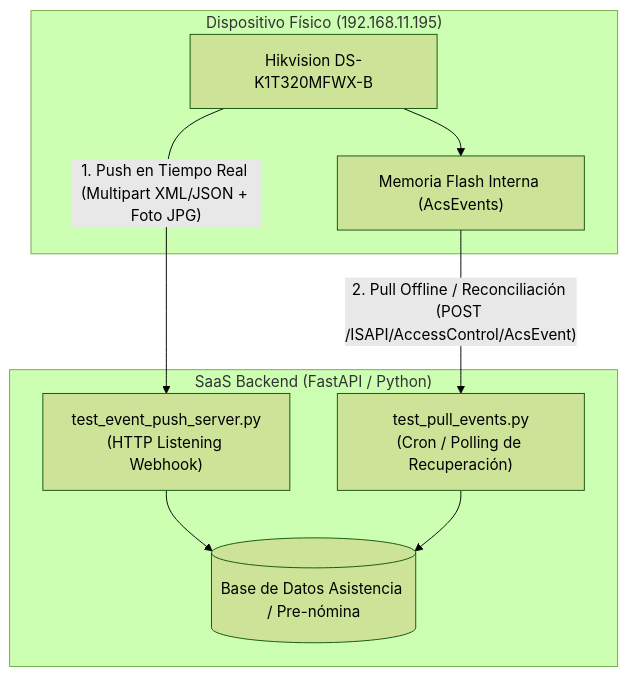
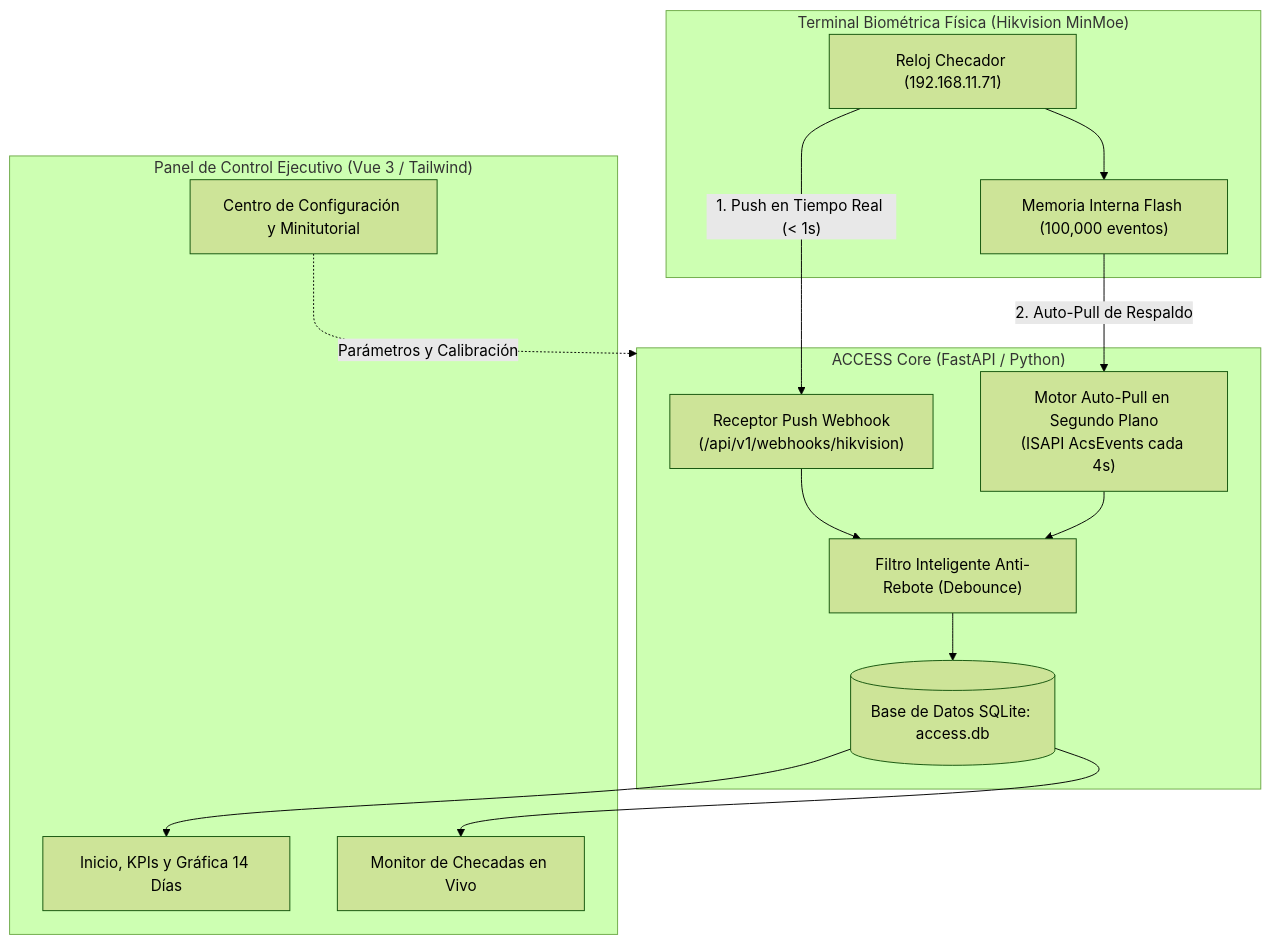
Before and after one commit to angggsoft/ACCESS: the diagram in README.md, drawn with Mermaid (forest theme). The commit also changed other lines of this file and 12 other files, not shown here.

````diff
--- a/README.md
+++ b/README.md
@@ -11,19 +11,30 @@
 ```mermaid
 graph TD
-    subgraph Edge["Dispositivo Físico (192.168.11.195)"]
-        Terminal["Hikvision DS-K1T320MFWX-B"]
-        Memoria["Memoria Flash Interna (AcsEvents)"]
+    subgraph Hardware["Terminal Biométrica Física (Hikvision MinMoe)"]
+        Terminal["Reloj Checador (192.168.11.71)"]
+        Memoria["Memoria Interna Flash (100,000 eventos)"]
     end
 
-    subgraph Backend["SaaS Backend (FastAPI / Python)"]
-        PushSrv["test_event_push_server.py<br/>(HTTP Listening Webhook)"]
-        PullSrv["test_pull_events.py<br/>(Cron / Polling de Recuperación)"]
-        DB[(Base de Datos Asistencia / Pre-nómina)]
+    subgraph Backend["ACCESS Core (FastAPI / Python)"]
+        PushSrv["Receptor Push Webhook<br/>(/api/v1/webhooks/hikvision)"]
+        PullSrv["Motor Auto-Pull en Segundo Plano<br/>(ISAPI AcsEvents cada 4s)"]
+        Filter["Filtro Inteligente Anti-Rebote (Debounce)"]
+        DB[(Base de Datos SQLite: access.db)]
     end
 
-    Terminal -- "1. Push en Tiempo Real (Multipart XML/JSON + Foto JPG)" --> PushSrv
-    PushSrv --> DB
+    subgraph Frontend["Panel de Control Ejecutivo (Vue 3 / Tailwind)"]
+        Dashboard["Inicio, KPIs y Gráfica 14 Días"]
+        Monitor["Monitor de Checadas en Vivo"]
+        Config["Centro de Configuración y Minitutorial"]
+    end
+
+    Terminal -- "1. Push en Tiempo Real (< 1s)" --> PushSrv
+    PushSrv --> Filter
     Terminal --> Memoria
-    Memoria -- "2. Pull Offline / Reconciliación (POST /ISAPI/AccessControl/AcsEvent)" --> PullSrv
-    PullSrv --> DB
+    Memoria -- "2. Auto-Pull de Respaldo" --> PullSrv
+    PullSrv --> Filter
+    Filter --> DB
+    DB --> Dashboard
+    DB --> Monitor
+    Config -. "Parámetros y Calibración" .-> Backend
 ```
````
